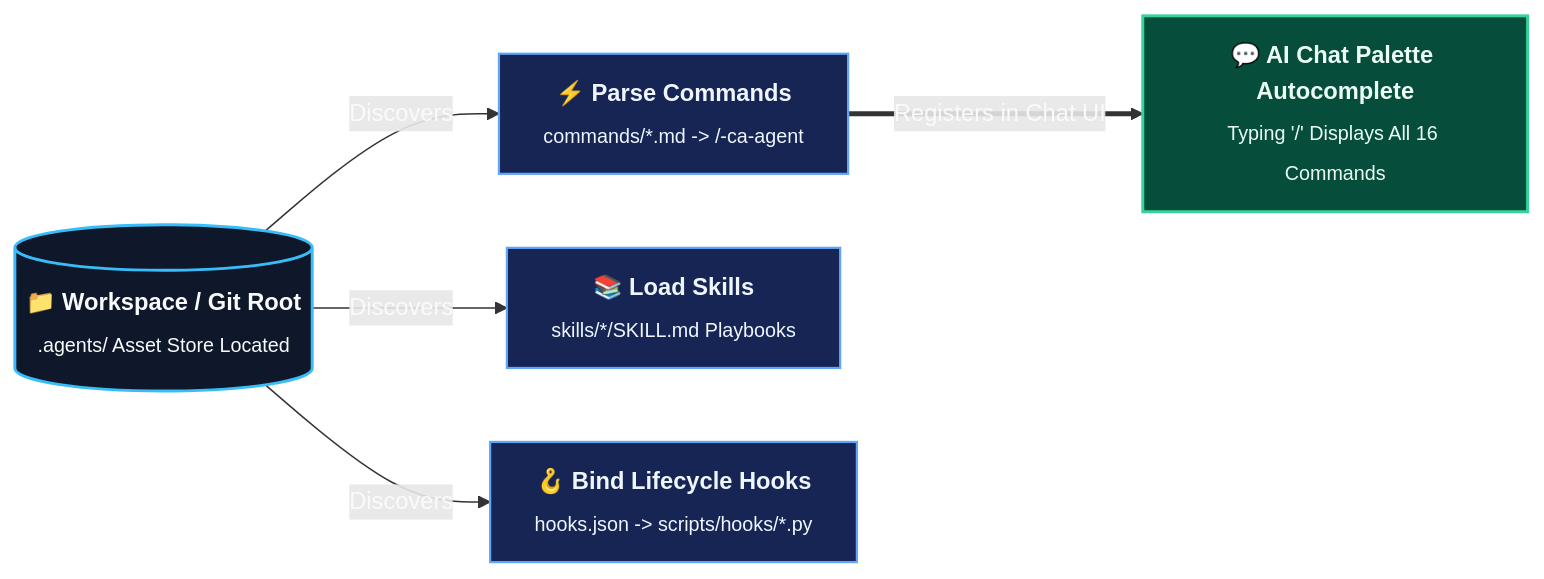
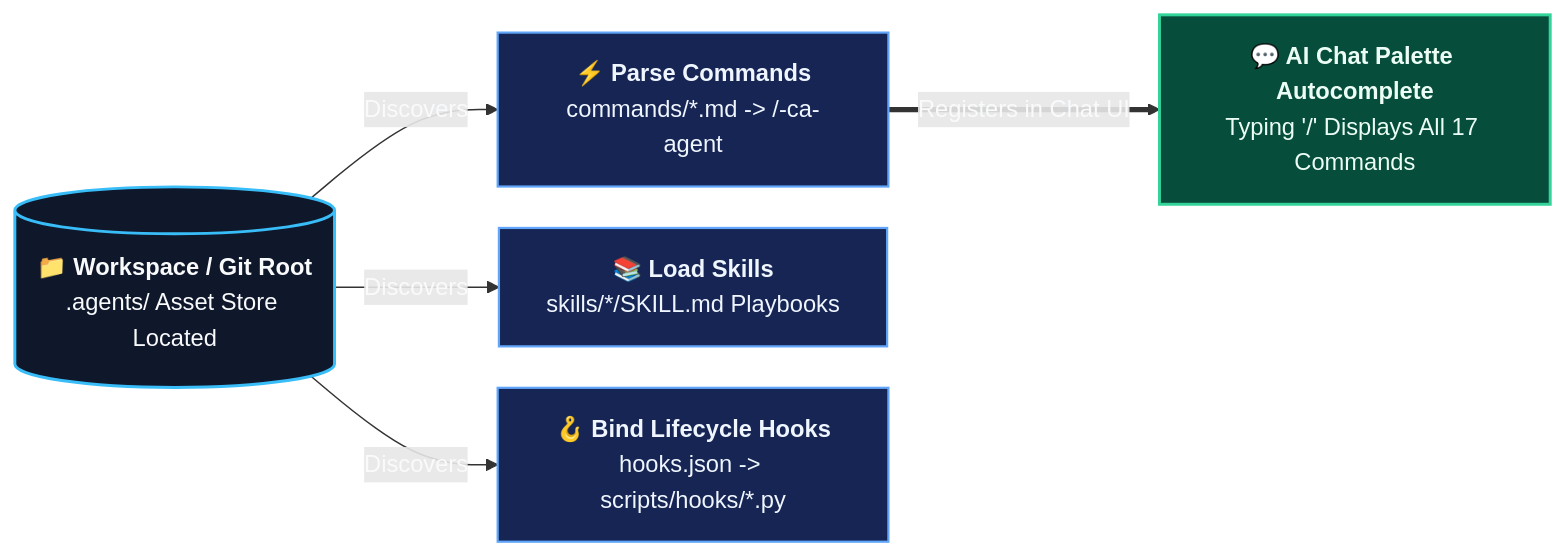
One commit to ChandanAY-24/Agentic-Development-ChandanAY changed the second of 2 diagrams in SDD-Vibe-Framework/.agents/README.md. Above: the diagram before and after it, drawn with Mermaid. The commit also changed other lines of this file and 13 other files, not shown here.

Commit message:
docs: polish Mermaid diagrams across READMEs and guides

````diff
--- a/SDD-Vibe-Framework/.agents/README.md
+++ b/SDD-Vibe-Framework/.agents/README.md
@@ -58,12 +70,18 @@
 ```mermaid
+%%{init: {'flowchart': {'curve': 'basis', 'padding': 16, 'nodeSpacing': 28, 'rankSpacing': 40}}}%%
 flowchart LR
     classDef root fill:#0f172a,stroke:#38bdf8,stroke-width:2px,color:#f8fafc;
     classDef disc fill:#172554,stroke:#60a5fa,stroke-width:1.5px,color:#eff6ff;
     classDef ui fill:#064e3b,stroke:#34d399,stroke-width:2px,color:#ecfdf5;
 
-    WorkspaceRoot[("<b>📁 Workspace / Git Root</b><br/><sub>.agents/ Asset Store Located</sub>")]:::root -->|"Discovers"| DiscoverCommands["<b>⚡ Parse Commands</b><br/><sub>commands/*.md -> /<name>-ca-agent</sub>"]:::disc
-    WorkspaceRoot -->|"Discovers"| DiscoverSkills["<b>📚 Load Skills</b><br/><sub>skills/*/SKILL.md Playbooks</sub>"]:::disc
-    WorkspaceRoot -->|"Discovers"| DiscoverHooks["<b>🪝 Bind Lifecycle Hooks</b><br/><sub>hooks.json -> scripts/hooks/*.py</sub>"]:::disc
+    WorkspaceRoot[("`**📁 Workspace / Git Root**
+.agents/ Asset Store Located`")]:::root -->|"Discovers"| DiscoverCommands["`**⚡ Parse Commands**
+commands/*.md -> /<name>-ca-agent`"]:::disc
+    WorkspaceRoot -->|"Discovers"| DiscoverSkills["`**📚 Load Skills**
+skills/*/SKILL.md Playbooks`"]:::disc
+    WorkspaceRoot -->|"Discovers"| DiscoverHooks["`**🪝 Bind Lifecycle Hooks**
+hooks.json -> scripts/hooks/*.py`"]:::disc
 
-    DiscoverCommands ==>|"Registers in Chat UI"| IDEPalette["<b>💬 AI Chat Palette Autocomplete</b><br/><sub>Typing '/' Displays All 16 Commands</sub>"]:::ui
+    DiscoverCommands ==>|"Registers in Chat UI"| IDEPalette["`**💬 AI Chat Palette Autocomplete**
+Typing '/' Displays All 17 Commands`"]:::ui
 ```
````
